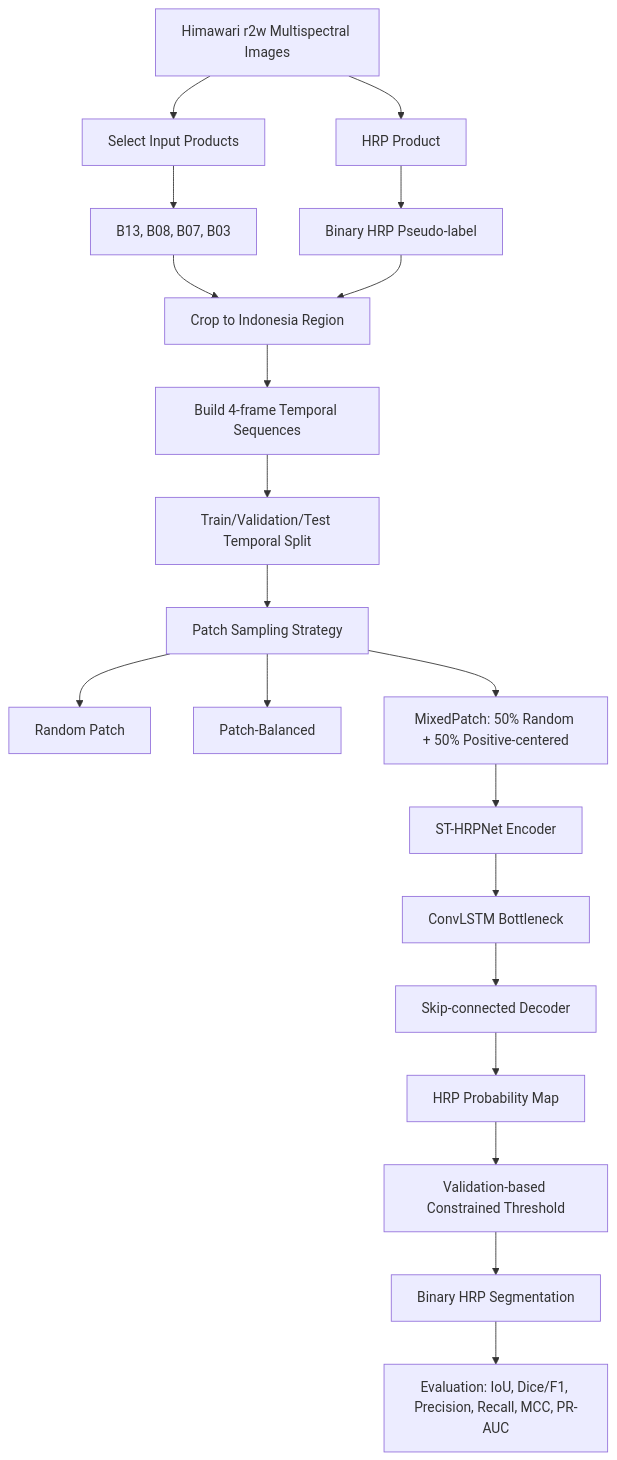
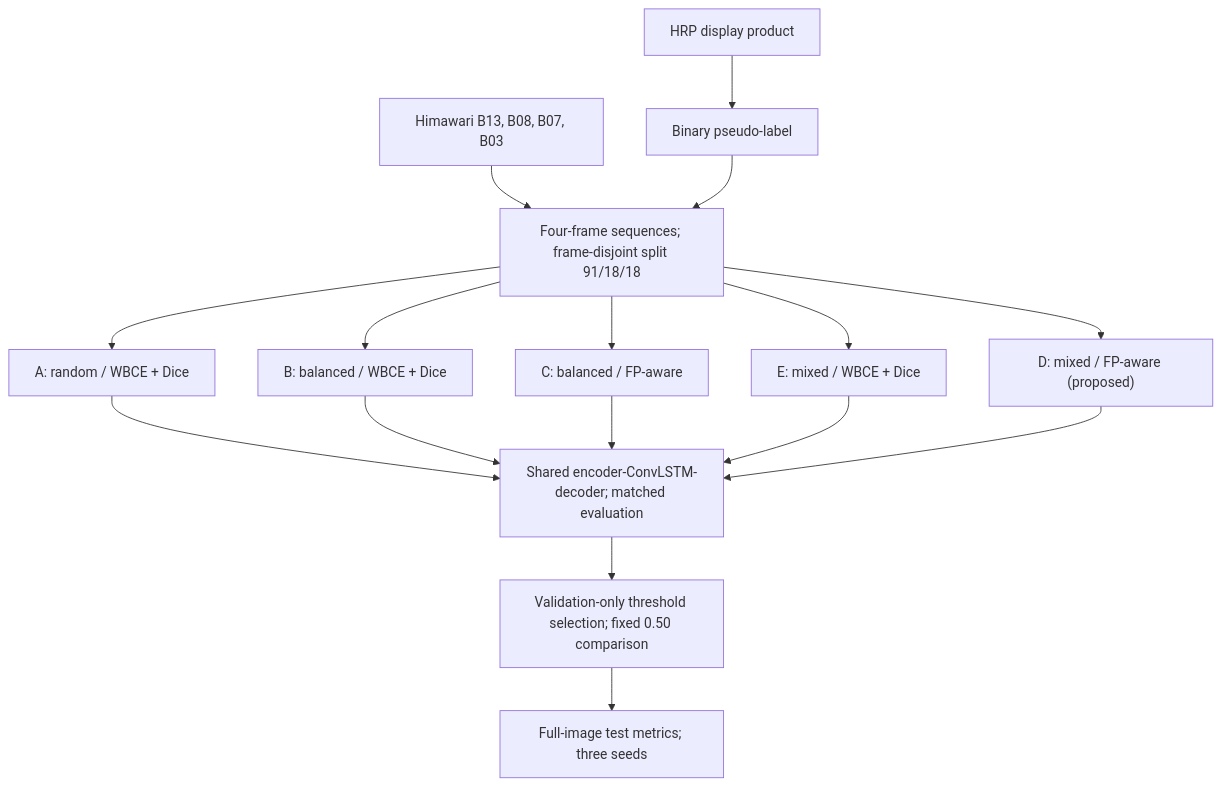
One commit to agusperdanawindarto/ST-HRPNet changed the diagram in README.md. Above: the diagram before and after it, drawn with Mermaid. The commit also changed other lines of this file and 52 other files, not shown here.

````diff
--- a/README.md
+++ b/README.md
@@ -42,27 +23,18 @@
 ```mermaid
 flowchart TD
-    A[Himawari r2w Multispectral Images] --> B[Select Input Products]
-    B --> C[B13, B08, B07, B03]
-    A --> D[HRP Product]
-    D --> E[Binary HRP Pseudo-label]
-
-    C --> F[Crop to Indonesia Region]
-    E --> F
-
-    F --> G[Build 4-frame Temporal Sequences]
-    G --> H[Train/Validation/Test Temporal Split]
-
-    H --> I[Patch Sampling Strategy]
-    I --> I1[Random Patch]
-    I --> I2[Patch-Balanced]
-    I --> I3[MixedPatch: 50% Random + 50% Positive-centered]
-
-    I3 --> J[ST-HRPNet Encoder]
-    J --> K[ConvLSTM Bottleneck]
-    K --> L[Skip-connected Decoder]
-    L --> M[HRP Probability Map]
-
-    M --> N[Validation-based Constrained Threshold]
-    N --> O[Binary HRP Segmentation]
-    O --> P[Evaluation: IoU, Dice/F1, Precision, Recall, MCC, PR-AUC]
+    I["Himawari B13, B08, B07, B03"] --> S["Four-frame sequences; frame-disjoint split 91/18/18"]
+    H["HRP display product"] --> T["Binary pseudo-label"]
+    T --> S
+    S --> A["A: random / WBCE + Dice"]
+    S --> B["B: balanced / WBCE + Dice"]
+    S --> C["C: balanced / FP-aware"]
+    S --> E["E: mixed / WBCE + Dice"]
+    S --> D["D: mixed / FP-aware (proposed)"]
+    A --> V["Shared encoder-ConvLSTM-decoder; matched evaluation"]
+    B --> V
+    C --> V
+    E --> V
+    D --> V
+    V --> Q["Validation-only threshold selection; fixed 0.50 comparison"]
+    Q --> O["Full-image test metrics; three seeds"]
 ```
````
